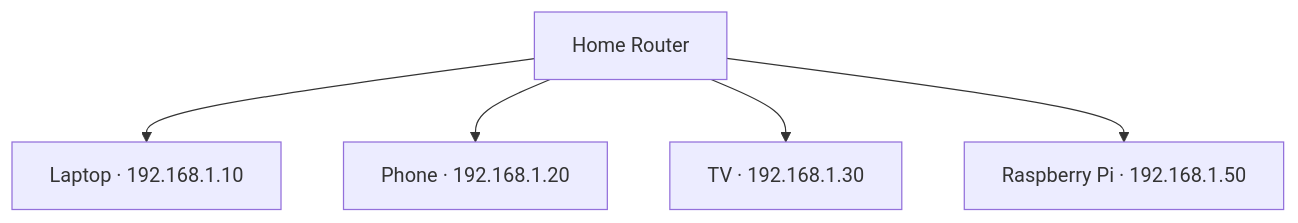
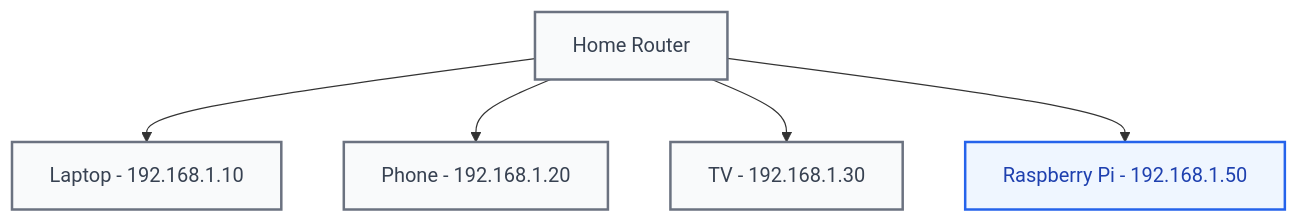
The diagram in docs/diagrams/source/dgm-01-network-ip-address.mmd (kiavash599/conduit-control-center), drawn with Mermaid before and after one commit. The commit also changed other lines of this file and 36 other files, not shown here.

Commit message:
docs: add networking chapter diagrams

```diff
--- a/docs/diagrams/source/dgm-01-network-ip-address.mmd
+++ b/docs/diagrams/source/dgm-01-network-ip-address.mmd
@@ -1,7 +1,15 @@
-%% DGM-01 network-ip-address — every device on the home network has its own IP address
+%% DGM-01 network-ip-address - every device on the home network has its own IP address
 flowchart TD
   R[Home Router]
-  R --> L[Laptop&nbsp;·&nbsp;192.168.1.10]
-  R --> P[Phone&nbsp;·&nbsp;192.168.1.20]
-  R --> T[TV&nbsp;·&nbsp;192.168.1.30]
-  R --> Pi[Raspberry Pi&nbsp;·&nbsp;192.168.1.50]
+  R --> L[Laptop - 192.168.1.10]
+  R --> P[Phone - 192.168.1.20]
+  R --> T[TV - 192.168.1.30]
+  R --> Pi[Raspberry Pi - 192.168.1.50]
+
+  classDef primary fill:#EFF6FF,stroke:#2563EB,color:#1E40AF,stroke-width:2px;
+  classDef neutral fill:#F9FAFB,stroke:#6B7280,color:#374151,stroke-width:2px;
+  classDef success fill:#F0FDF4,stroke:#16A34A,color:#166534,stroke-width:2px;
+  classDef warning fill:#FFFBEB,stroke:#D97706,color:#92400E,stroke-width:2px;
+  classDef danger  fill:#FEF2F2,stroke:#DC2626,color:#991B1B,stroke-width:2px;
+  class Pi primary;
+  class R,L,P,T neutral;
```
